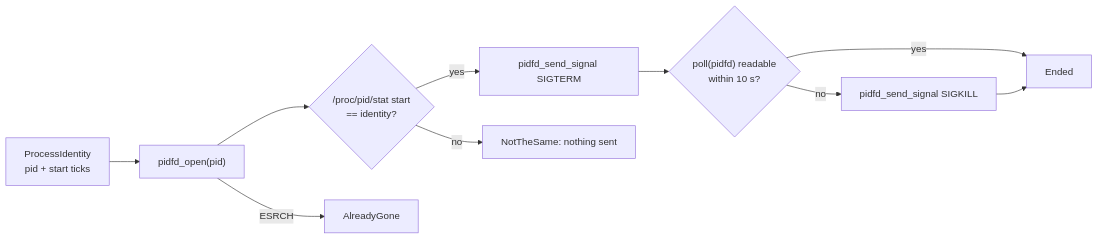
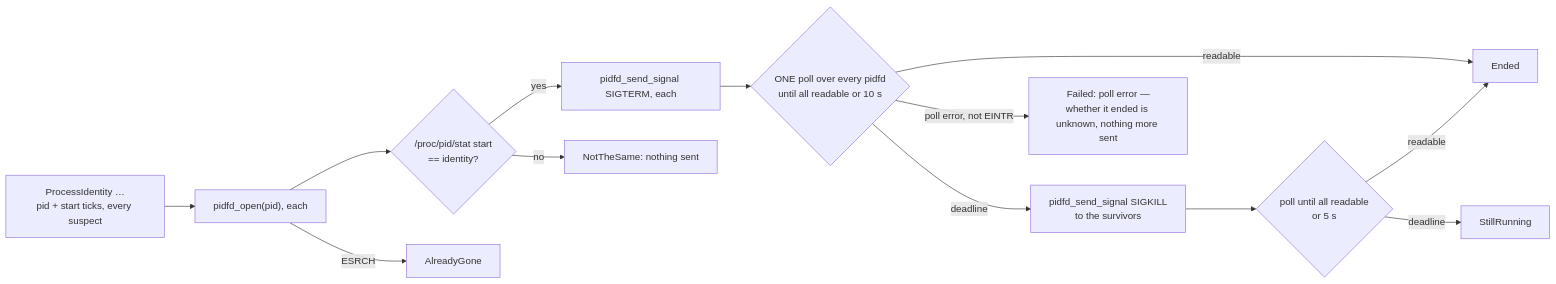
One commit to oleksandrdubyna88/wsl_care changed the tenth of 15 diagrams in research/architecture.md. Above: the diagram before and after it, drawn with Mermaid. The commit also changed other lines of this file and 35 other files, not shown here.

````diff
--- a/research/architecture.md
+++ b/research/architecture.md
@@ -956,19 +969,25 @@
 ```mermaid
 flowchart LR
-    id["ProcessIdentity<br/>pid + start ticks"]
-    open["pidfd_open(pid)"]
+    ids["ProcessIdentity …<br/>pid + start ticks, every suspect"]
+    open["pidfd_open(pid), each"]
     check{"/proc/pid/stat start<br/>== identity?"}
-    term["pidfd_send_signal SIGTERM"]
-    wait{"poll(pidfd) readable<br/>within 10 s?"}
-    kill["pidfd_send_signal SIGKILL"]
+    term["pidfd_send_signal SIGTERM, each"]
+    wait{"ONE poll over every pidfd<br/>until all readable or 10 s"}
+    kill["pidfd_send_signal SIGKILL<br/>to the survivors"]
+    wait2{"poll until all readable<br/>or 5 s"}
     ended["Ended"]
+    still["StillRunning"]
     gone["AlreadyGone"]
     other["NotTheSame: nothing sent"]
-    id --> open
+    failed["Failed: poll error —<br/>whether it ended is unknown, nothing more sent"]
+    ids --> open
     open -->|ESRCH| gone
     open --> check
     check -->|no| other
     check -->|yes| term --> wait
-    wait -->|yes| ended
-    wait -->|no| kill --> ended
+    wait -->|readable| ended
+    wait -->|poll error, not EINTR| failed
+    wait -->|deadline| kill --> wait2
+    wait2 -->|readable| ended
+    wait2 -->|deadline| still
 ```
````
